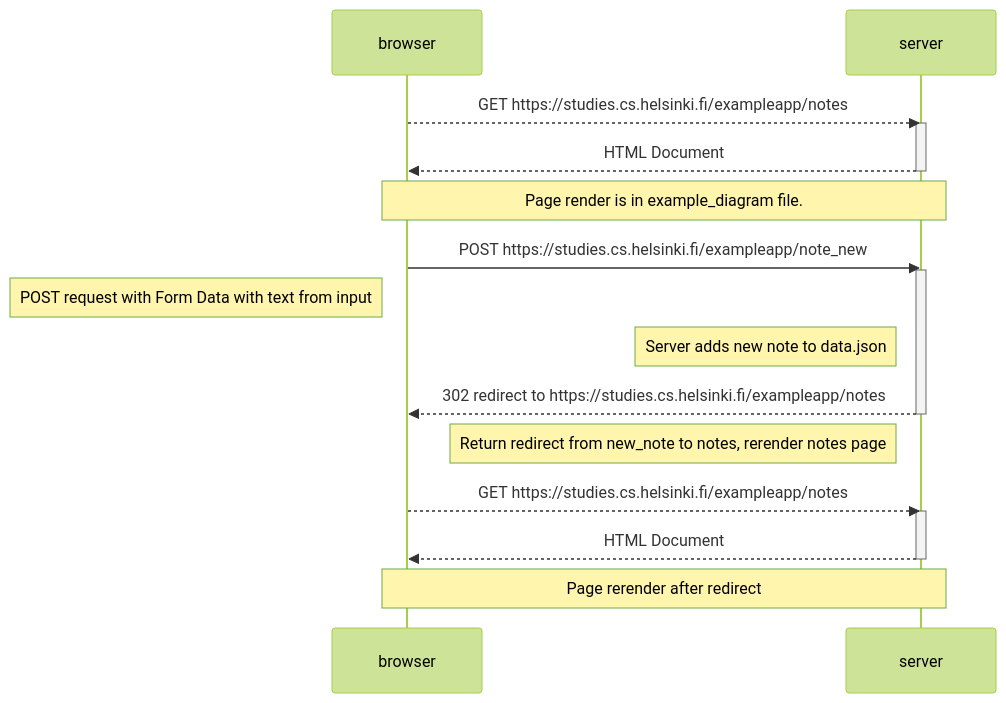
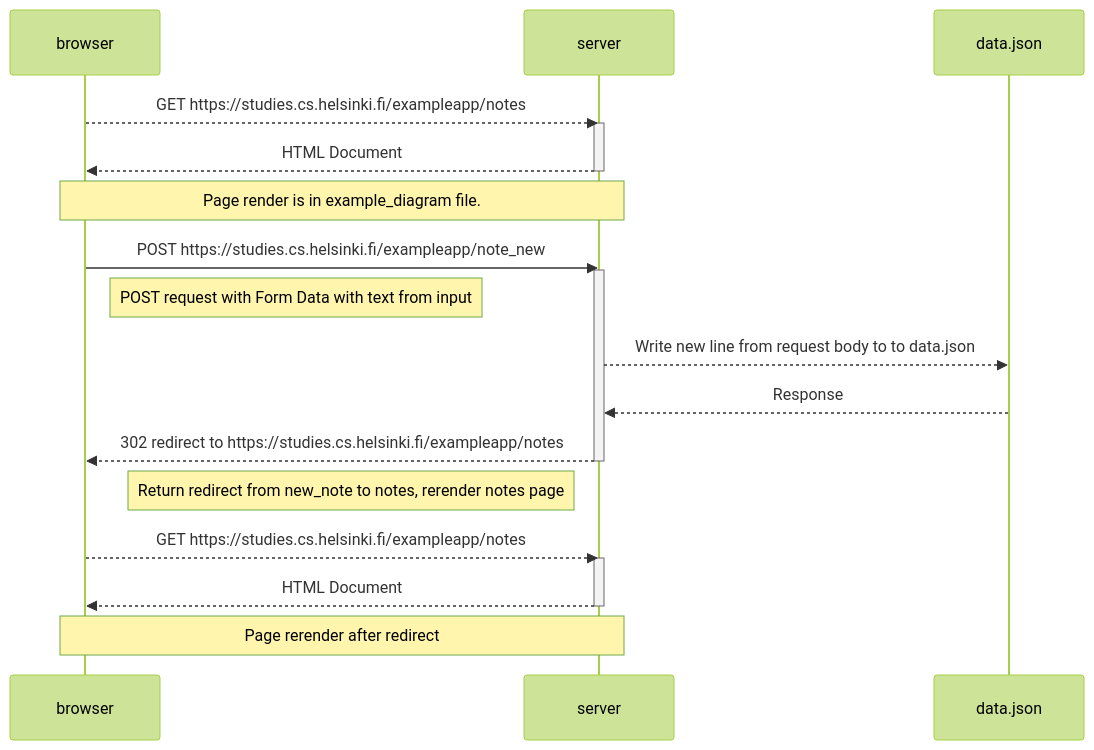
Before and after one commit to non-rp/full-stack-open: the diagram in part0/0_4_new_note_diagram.md, drawn with Mermaid (forest theme).

Commit message:
added data.json as participant and add it to process

````diff
--- a/part0/0_4_new_note_diagram.md
+++ b/part0/0_4_new_note_diagram.md
@@ -1,27 +1,28 @@
 ```mermaid
 sequenceDiagram
     participant browser
     participant server
+    participant data.json
 
     browser-->>server: GET https://studies.cs.helsinki.fi/exampleapp/notes
     activate server
     server-->>browser: HTML Document
     deactivate server
     Note over browser,server: Page render is in example_diagram file.
 
     browser->>server: POST https://studies.cs.helsinki.fi/exampleapp/note_new
     activate server
-
-    Note left of browser: POST request with Form Data with text from input
-    Note left of server: Server adds new note to data.json
-
+    Note right of browser: POST request with Form Data with text from input
+    
+    server-->>data.json: Write new line from request body to to data.json
+    data.json-->>server: Response
     server-->>browser: 302 redirect to https://studies.cs.helsinki.fi/exampleapp/notes
     deactivate server
     Note left of server: Return redirect from new_note to notes, rerender notes page
 
     browser-->>server: GET https://studies.cs.helsinki.fi/exampleapp/notes
     activate server
     server-->>browser: HTML Document
     deactivate server
     Note over browser,server: Page rerender after redirect
 ```
````
